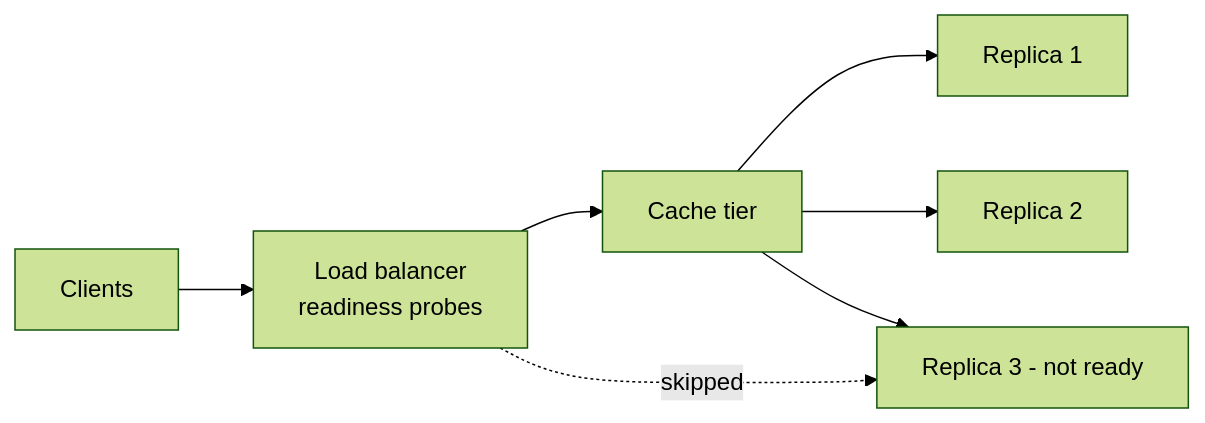
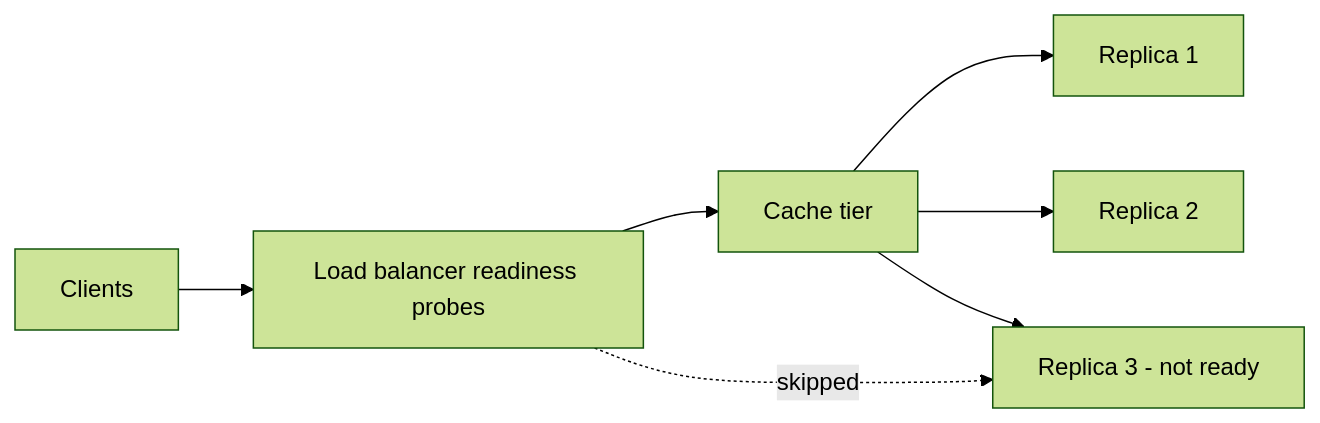
The second of 9 diagrams in Collection/03. Programming/14. System Design/6. Distributed Patterns.md (sharifndlovu123/knowledge_base_map), drawn with Mermaid (forest theme) before and after one commit. The commit also changed other lines of this file and 9 other files, not shown here.

First line of the commit message:
Add diagram viewer; fix line breaks in new diagrams

````diff
--- a/Collection/03. Programming/14. System Design/6. Distributed Patterns.md
+++ b/Collection/03. Programming/14. System Design/6. Distributed Patterns.md
@@ -75,9 +75,9 @@
 ```mermaid
 flowchart LR
-    C[Clients] --> LB[Load balancer<br/>readiness probes]
+    C[Clients] --> LB[Load balancer readiness probes]
     LB --> CA[Cache tier]
     CA --> R1[Replica 1]
     CA --> R2[Replica 2]
     CA --> R3[Replica 3 - not ready]
     LB -. skipped .-> R3
 ```
````
